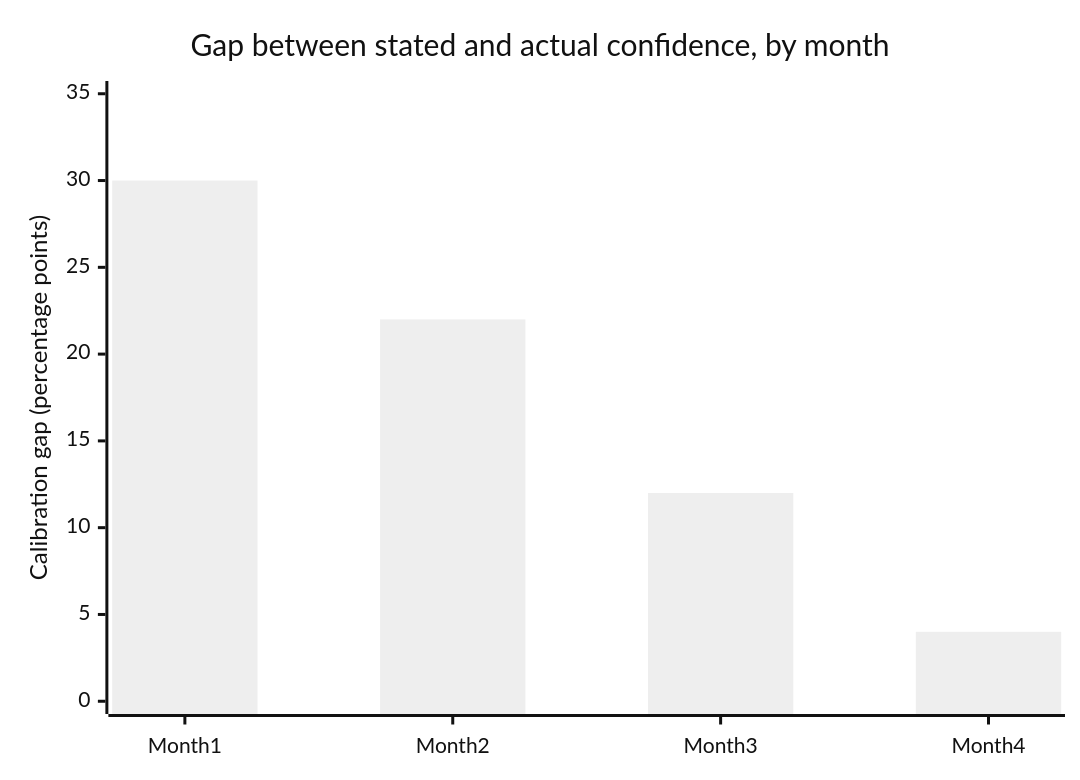
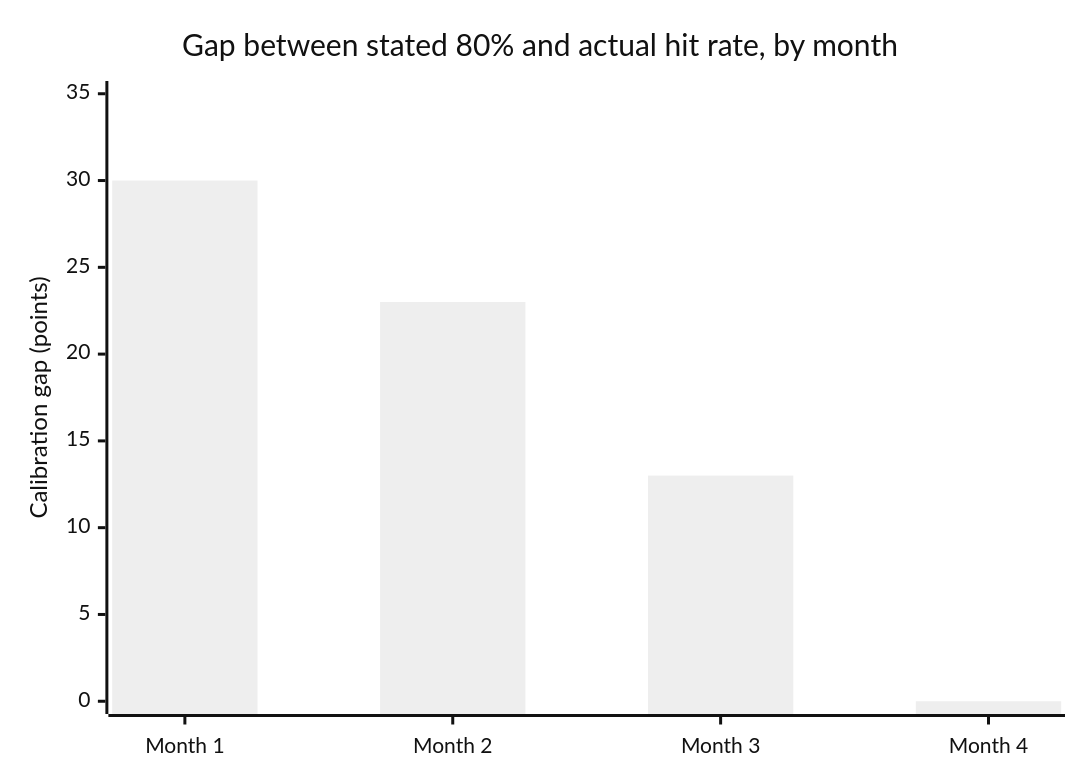
The diagram in src/content/learning-craft/calibration/L3-deep-dive.mdx (francoandreDev/knowledge), drawn with Mermaid (neutral theme) before and after one commit. The commit also changed other lines of this file and 3 other files, not shown here.

````diff
--- a/src/content/learning-craft/calibration/L3-deep-dive.mdx
+++ b/src/content/learning-craft/calibration/L3-deep-dive.mdx
@@ -49,7 +70,7 @@
 ```mermaid
 xychart-beta
-    title "Gap between stated and actual confidence, by month"
-    x-axis [Month 1, Month 2, Month 3, Month 4]
-    y-axis "Calibration gap (percentage points)" 0 --> 35
-    bar [30, 22, 12, 4]
+    title "Gap between stated 80% and actual hit rate, by month"
+    x-axis ["Month 1", "Month 2", "Month 3", "Month 4"]
+    y-axis "Calibration gap (points)" 0 --> 35
+    bar [30, 23, 13, 0]
 ```
````
